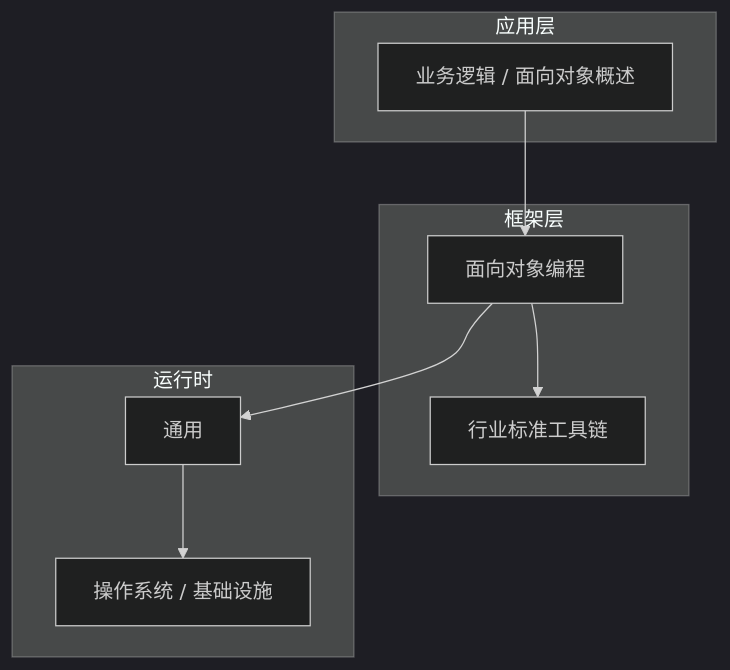
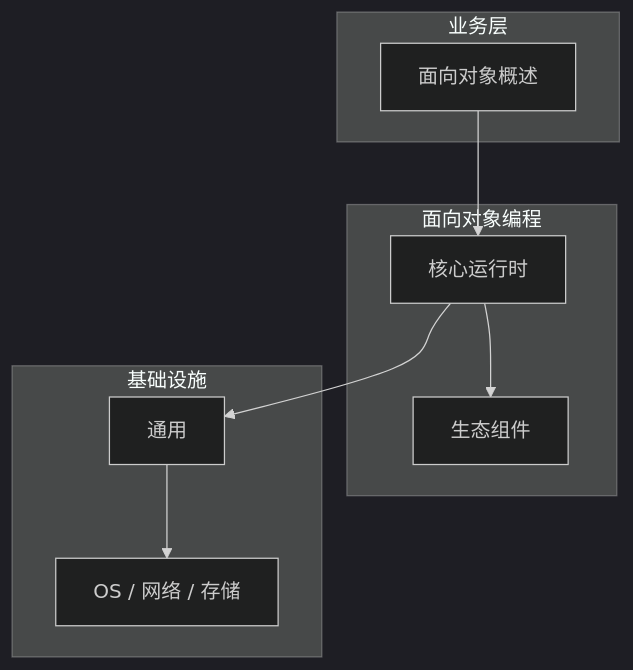
Before and after one commit to yanggan2015/knowledge-json-v2: the diagram in articles/面向对象编程/chapters/001-面向对象概述核心概念与原理.md, drawn with Mermaid (dark theme). The commit also changed other lines of this file and 10127 other files, not shown here.

````diff
--- a/articles/面向对象编程/chapters/001-面向对象概述核心概念与原理.md
+++ b/articles/面向对象编程/chapters/001-面向对象概述核心概念与原理.md
@@ -45,18 +34,18 @@
 ```mermaid
 graph TB
-    subgraph 应用层
-        A[业务逻辑 / 面向对象概述]
+    subgraph 业务层
+        A[面向对象概述]
     end
-    subgraph 框架层
-        B[面向对象编程]
-        C[行业标准工具链]
+    subgraph 面向对象编程
+        B[核心运行时]
+        C[生态组件]
     end
-    subgraph 运行时
+    subgraph 基础设施
         D[通用]
-        E[操作系统 / 基础设施]
+        E[OS / 网络 / 存储]
     end
     A --> B
     B --> C
     B --> D
     D --> E
 ```
````
